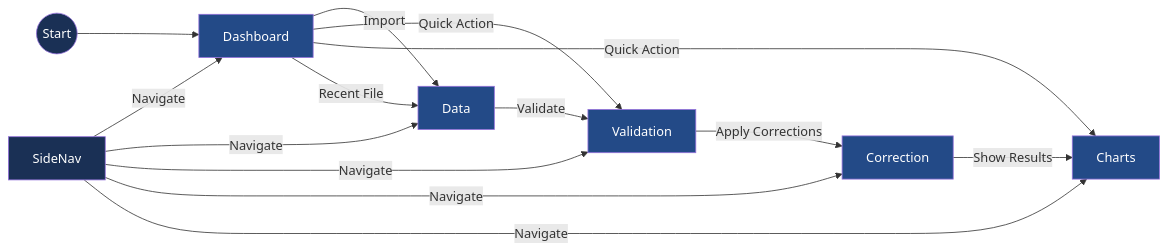
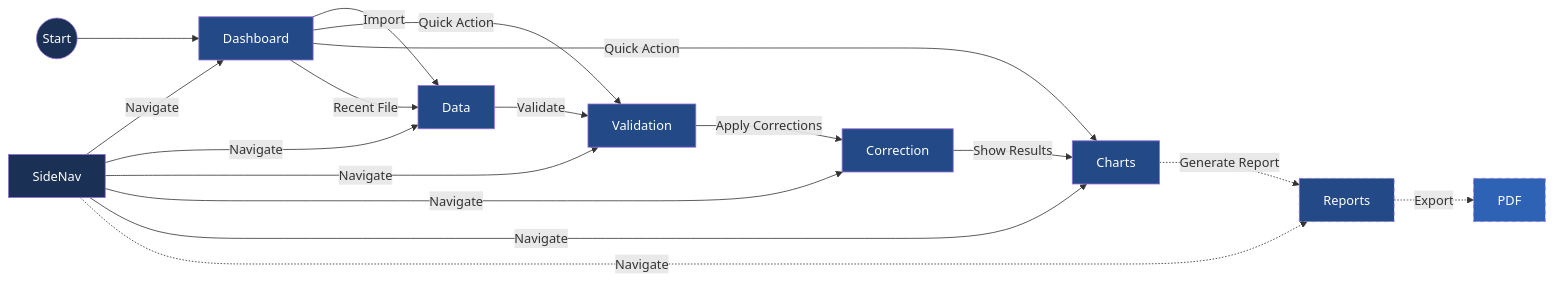
The second of 2 diagrams in memory-bank/activeContext.md (LinkesAuge/ChestBuddy), drawn with Mermaid before and after one commit. The commit also changed other lines of this file, not shown here.

Commit message:
Update activeContext.md with progress dialog improvements and report generation planning

````diff
--- a/memory-bank/activeContext.md
+++ b/memory-bank/activeContext.md
@@ -57,24 +85,29 @@
 ```mermaid
 graph LR
     Start((Start)) --> Dashboard
     Dashboard -->|Import| Data
     Dashboard -->|Quick Action| Validation
     Dashboard -->|Quick Action| Charts
     Dashboard -->|Recent File| Data
     SideNav -->|Navigate| Dashboard
     SideNav -->|Navigate| Data
     SideNav -->|Navigate| Validation
     SideNav -->|Navigate| Correction
     SideNav -->|Navigate| Charts
+    SideNav -.Navigate.-> Reports
     Data -->|Validate| Validation
     Validation -->|Apply Corrections| Correction
     Correction -->|Show Results| Charts
+    Charts -.Generate Report.-> Reports
+    Reports -.Export.-> PDF
     
     style Start fill:#1a3055,color:#fff
     style Dashboard fill:#234a87,color:#fff
     style Data fill:#234a87,color:#fff
     style Validation fill:#234a87,color:#fff
     style Correction fill:#234a87,color:#fff
     style Charts fill:#234a87,color:#fff
     style SideNav fill:#1a3055,color:#fff
+    style Reports fill:#234a87,color:#fff,stroke-dasharray: 5 5
+    style PDF fill:#2e62b5,color:#fff,stroke-dasharray: 5 5
 ```
````
